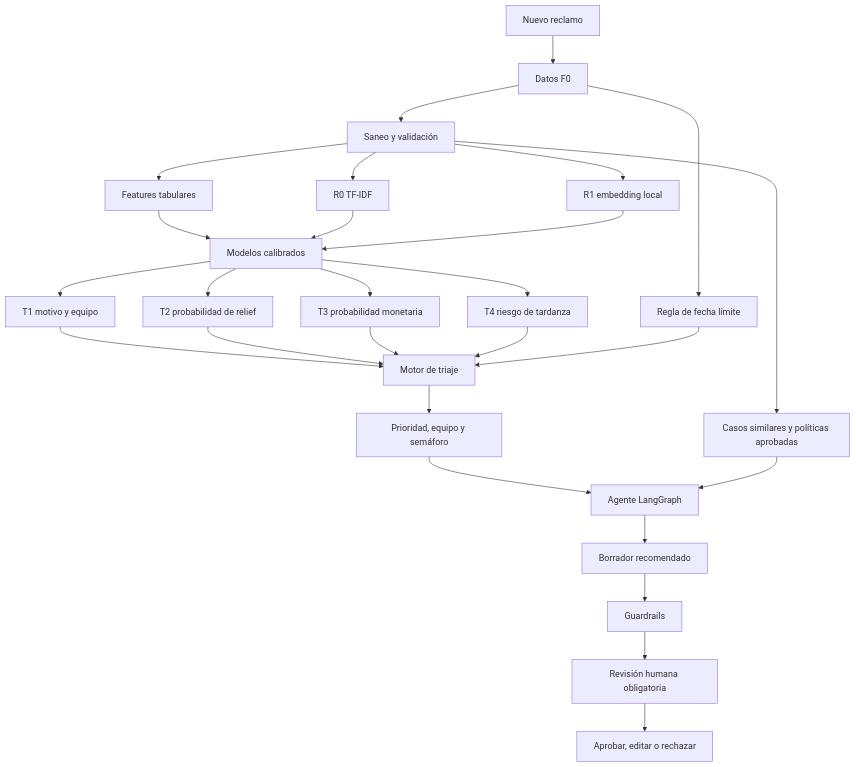
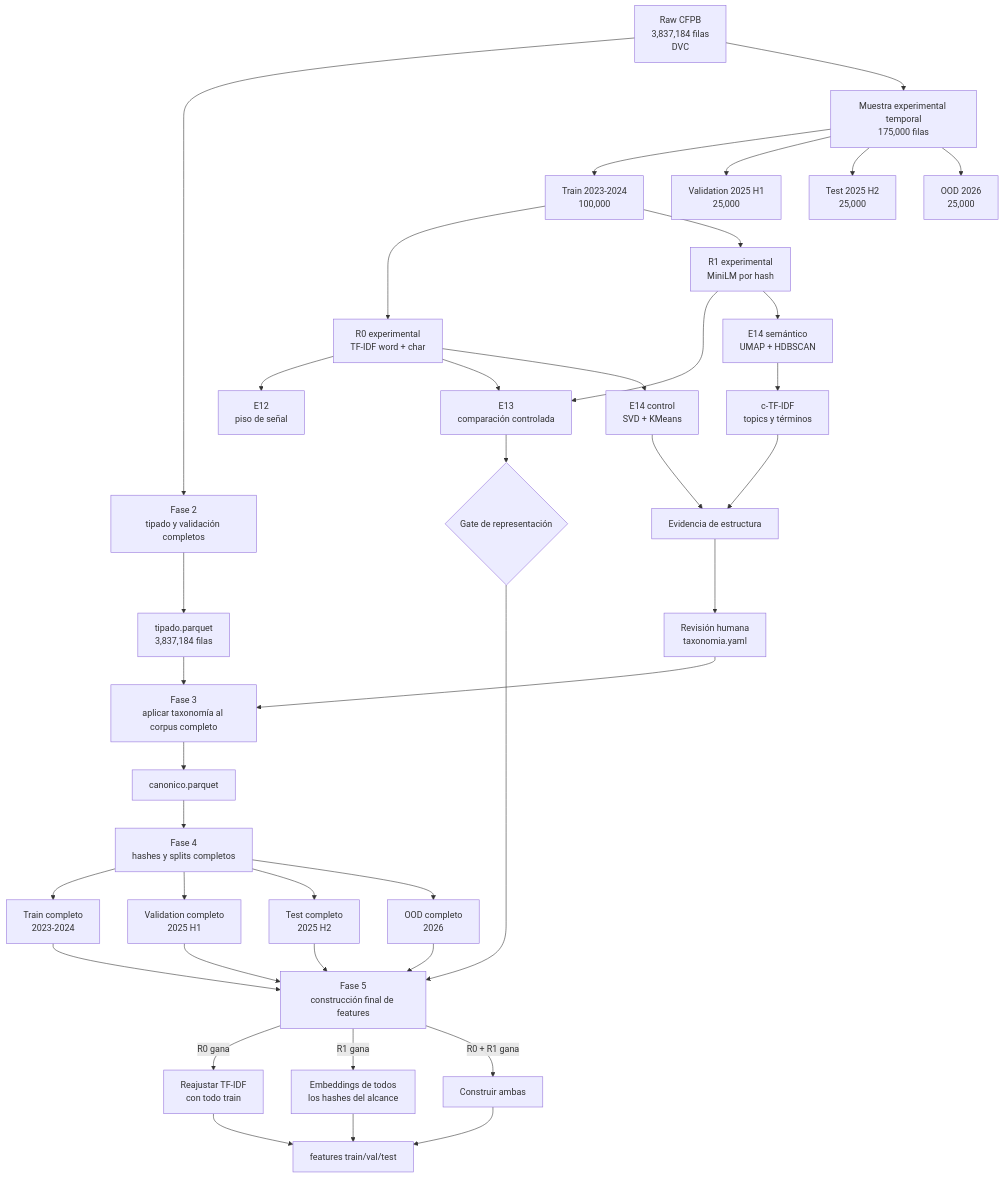
One commit to Codenid/capstone-claims-triage changed the second of 4 diagrams in README.md. Above: the diagram before and after it, drawn with Mermaid. The commit also changed other lines of this file, not shown here.

````diff
--- a/README.md
+++ b/README.md
@@ -45,29 +87,49 @@
 ```mermaid
 flowchart TD
-    A[Nuevo reclamo] --> B[Datos F0]
-    B --> C[Saneo y validación]
-    C --> D[Features tabulares]
-    C --> E[R0 TF-IDF]
-    C --> F[R1 embedding local]
-    D --> G[Modelos calibrados]
-    E --> G
-    F --> G
-    G --> T1[T1 motivo y equipo]
-    G --> T2[T2 probabilidad de relief]
-    G --> T3[T3 probabilidad monetaria]
-    G --> T4[T4 riesgo de tardanza]
-    B --> H[Regla de fecha límite]
-    T1 --> I[Motor de triaje]
-    T2 --> I
-    T3 --> I
-    T4 --> I
-    H --> I
-    I --> J[Prioridad, equipo y semáforo]
-    C --> K[Casos similares y políticas aprobadas]
-    J --> L[Agente LangGraph]
+    A[Raw CFPB<br/>3,837,184 filas<br/>DVC] --> B[Fase 2<br/>tipado y validación completos]
+    B --> C[tipado.parquet<br/>3,837,184 filas]
+
+    A --> D[Muestra experimental temporal<br/>175,000 filas]
+    D --> D1[Train 2023-2024<br/>100,000]
+    D --> D2[Validation 2025 H1<br/>25,000]
+    D --> D3[Test 2025 H2<br/>25,000]
+    D --> D4[OOD 2026<br/>25,000]
+
+    D1 --> E[R0 experimental<br/>TF-IDF word + char]
+    D1 --> F[R1 experimental<br/>MiniLM por hash]
+    E --> G[E12<br/>piso de señal]
+    E --> H[E13<br/>comparación controlada]
+    F --> H
+    E --> I[E14 control<br/>SVD + KMeans]
+    F --> J[E14 semántico<br/>UMAP + HDBSCAN]
+    J --> K[c-TF-IDF<br/>topics y términos]
+    I --> L[Evidencia de estructura]
     K --> L
-    L --> M[Borrador recomendado]
-    M --> N[Guardrails]
-    N --> O[Revisión humana obligatoria]
-    O --> P[Aprobar, editar o rechazar]
+
+    H --> M{Gate de representación}
+    L --> N[Revisión humana<br/>taxonomia.yaml]
+
+    C --> O[Fase 3<br/>aplicar taxonomía al corpus completo]
+    N --> O
+    O --> P[canonico.parquet]
+    P --> Q[Fase 4<br/>hashes y splits completos]
+
+    Q --> R[Train completo<br/>2023-2024]
+    Q --> S[Validation completo<br/>2025 H1]
+    Q --> T[Test completo<br/>2025 H2]
+    Q --> U[OOD completo<br/>2026]
+
+    M --> V[Fase 5<br/>construcción final de features]
+    R --> V
+    S --> V
+    T --> V
+    U --> V
+
+    V -->|R0 gana| W[Reajustar TF-IDF<br/>con todo train]
+    V -->|R1 gana| X[Embeddings de todos<br/>los hashes del alcance]
+    V -->|R0 + R1 gana| Y[Construir ambas]
+
+    W --> Z[features train/val/test]
+    X --> Z
+    Y --> Z
 ```
````
